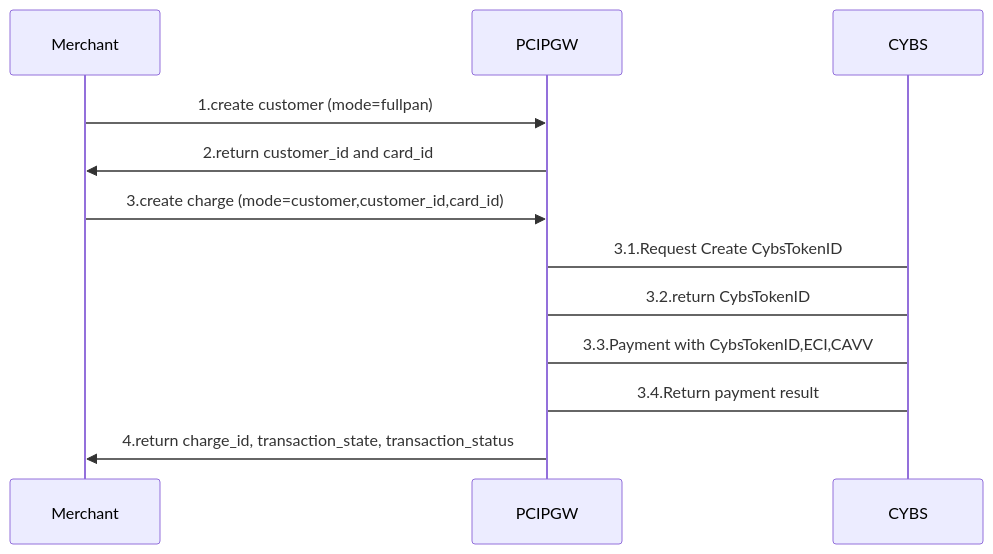
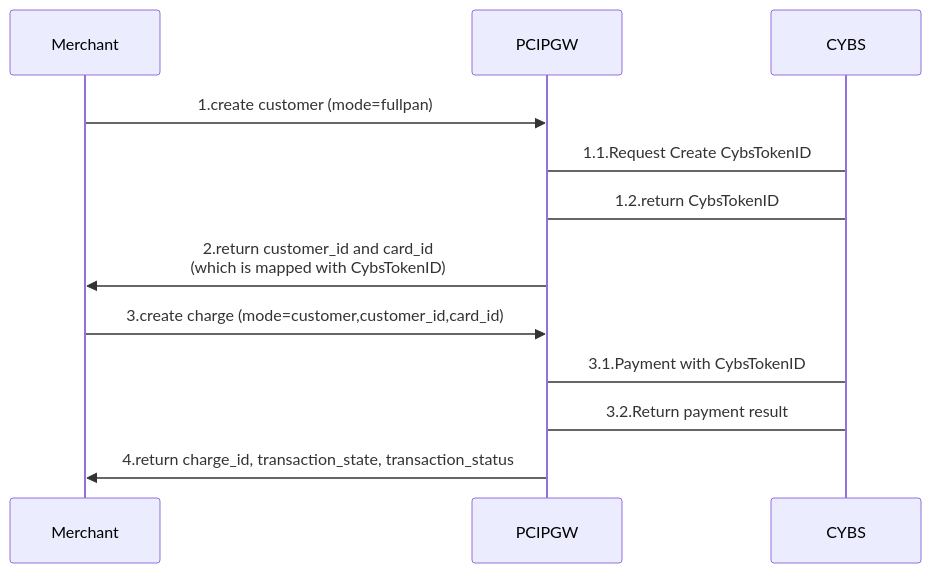
The sixth of 6 diagrams in Cybs-Ph2-Flow1.md (yuusuke25/MyNotes), drawn with Mermaid before and after one commit. The commit also changed other lines of this file, not shown here.

````diff
--- a/Cybs-Ph2-Flow1.md
+++ b/Cybs-Ph2-Flow1.md
@@ -107,12 +107,12 @@
 ```mermaid
     sequenceDiagram
         Merchant->>PCIPGW:1.create customer (mode=fullpan)
-        PCIPGW->>Merchant:2.return customer_id and card_id
+        PCIPGW->CYBS:1.1.Request Create CybsTokenID
+        CYBS->PCIPGW:1.2.return CybsTokenID
+        PCIPGW->>Merchant:2.return customer_id and card_id<br>(which is mapped with CybsTokenID)
 
         Merchant->>PCIPGW:3.create charge (mode=customer,customer_id,card_id)
-        PCIPGW->CYBS:3.1.Request Create CybsTokenID
-        CYBS->PCIPGW:3.2.return CybsTokenID
-        PCIPGW->CYBS:3.3.Payment with CybsTokenID,ECI,CAVV
-        CYBS->PCIPGW:3.4.Return payment result
+        PCIPGW->CYBS:3.1.Payment with CybsTokenID
+        CYBS->PCIPGW:3.2.Return payment result
         PCIPGW->>Merchant:4.return charge_id, transaction_state, transaction_status
 ```
````
